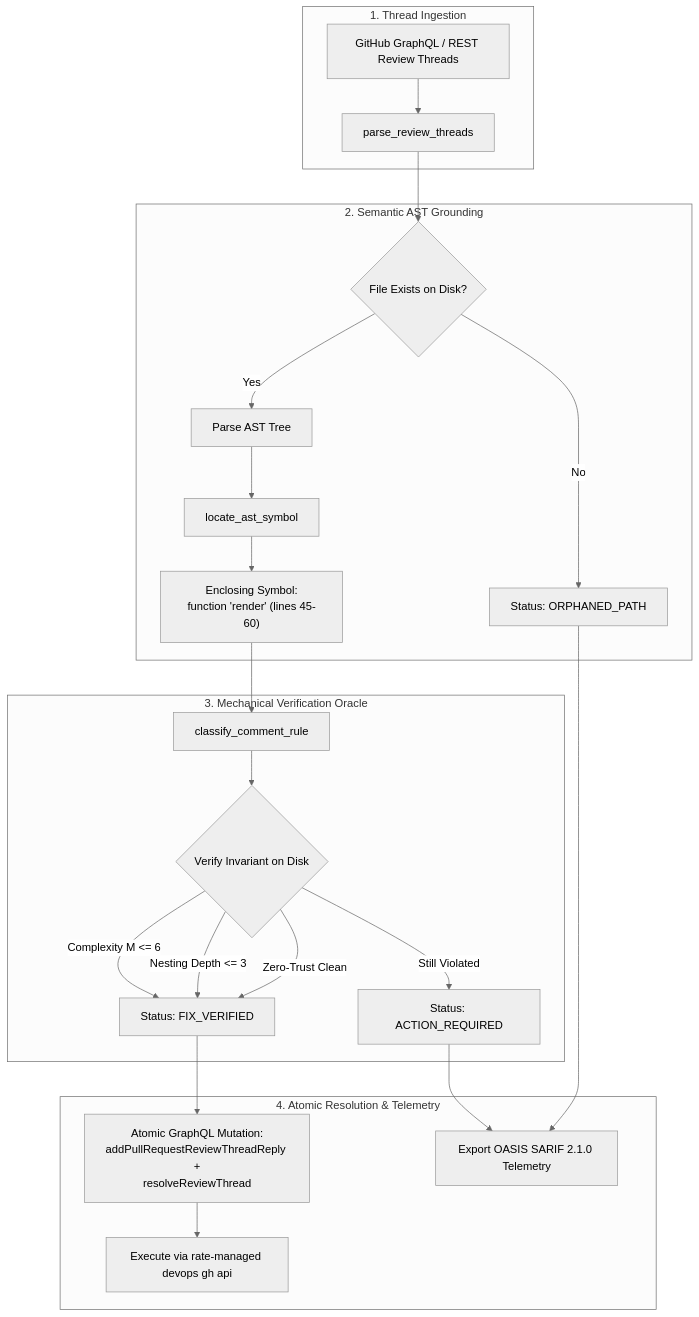
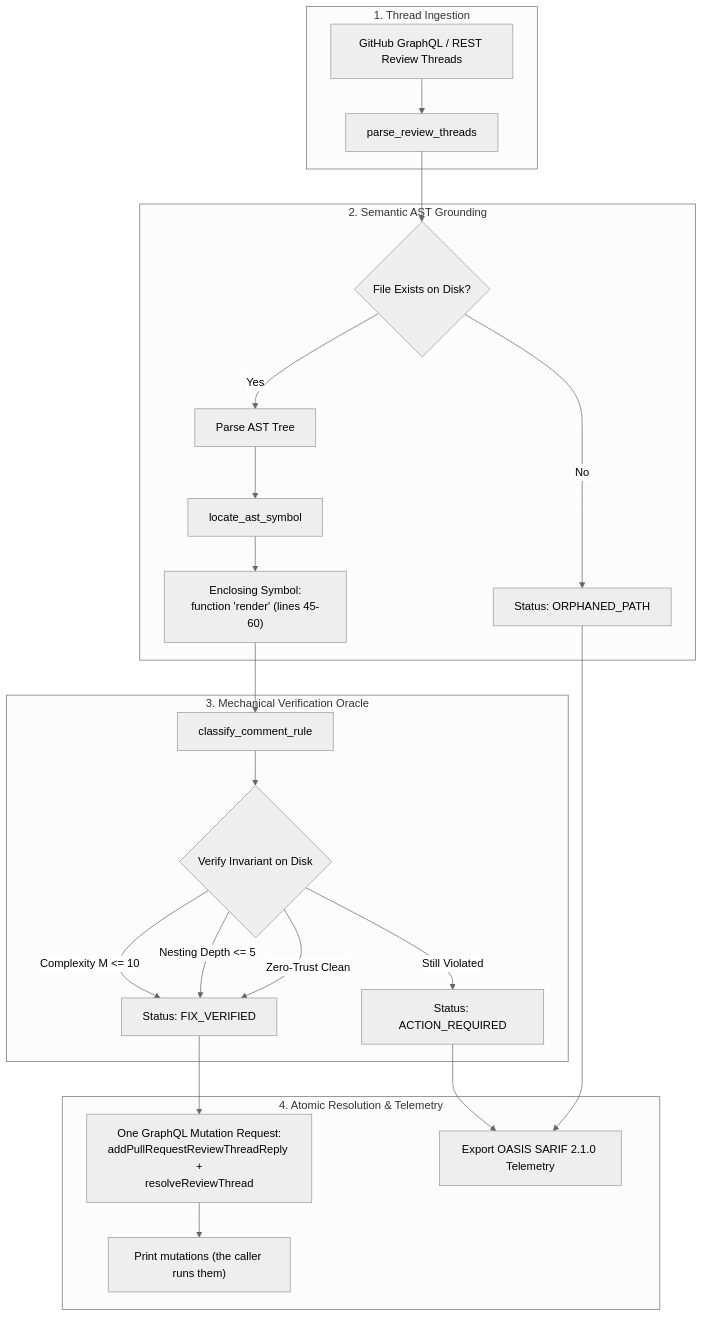
The diagram in patterns/closed-loop-pr-review-thread-synchronization.md (dan-petty/vibes), drawn with Mermaid (neutral theme) before and after one commit. The commit also changed other lines of this file and 248 other files, not shown here.

````diff
--- a/patterns/closed-loop-pr-review-thread-synchronization.md
+++ b/patterns/closed-loop-pr-review-thread-synchronization.md
@@ -28,30 +28,30 @@
 ```mermaid
 flowchart TD
     subgraph Ingestion ["1. Thread Ingestion"]
         GH[GitHub GraphQL / REST Review Threads] --> Deser[parse_review_threads]
     end
 
     subgraph Grounding ["2. Semantic AST Grounding"]
         Deser --> PathCheck{File Exists on Disk?}
         PathCheck -->|No| Orphan[Status: ORPHANED_PATH]
         PathCheck -->|Yes| ParseTree[Parse AST Tree]
         ParseTree --> Locate[locate_ast_symbol]
         Locate --> Sym["Enclosing Symbol:\nfunction 'render' (lines 45-60)"]
     end
 
     subgraph Verification ["3. Mechanical Verification Oracle"]
         Sym --> Classify[classify_comment_rule]
         Classify --> Oracle{Verify Invariant on Disk}
-        Oracle -->|"Complexity M <= 6"| Clean[Status: FIX_VERIFIED]
-        Oracle -->|"Nesting Depth <= 3"| Clean
+        Oracle -->|"Complexity M <= 10"| Clean[Status: FIX_VERIFIED]
+        Oracle -->|"Nesting Depth <= 5"| Clean
         Oracle -->|"Zero-Trust Clean"| Clean
         Oracle -->|"Still Violated"| Action[Status: ACTION_REQUIRED]
     end
 
     subgraph Resolution ["4. Atomic Resolution & Telemetry"]
-        Clean --> Mutation["Atomic GraphQL Mutation:\naddPullRequestReviewThreadReply +\nresolveReviewThread"]
+        Clean --> Mutation["One GraphQL Mutation Request:\naddPullRequestReviewThreadReply +\nresolveReviewThread"]
         Action --> SARIF["Export OASIS SARIF 2.1.0 Telemetry"]
         Orphan --> SARIF
-        Mutation --> Exec[Execute via rate-managed devops gh api]
+        Mutation --> Exec["Print mutations (the caller runs them)"]
     end
 ```
````
